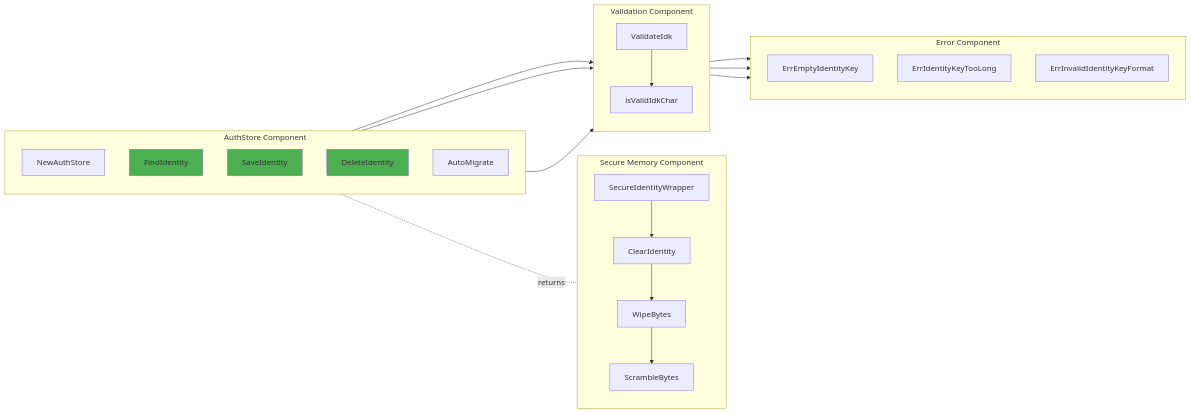
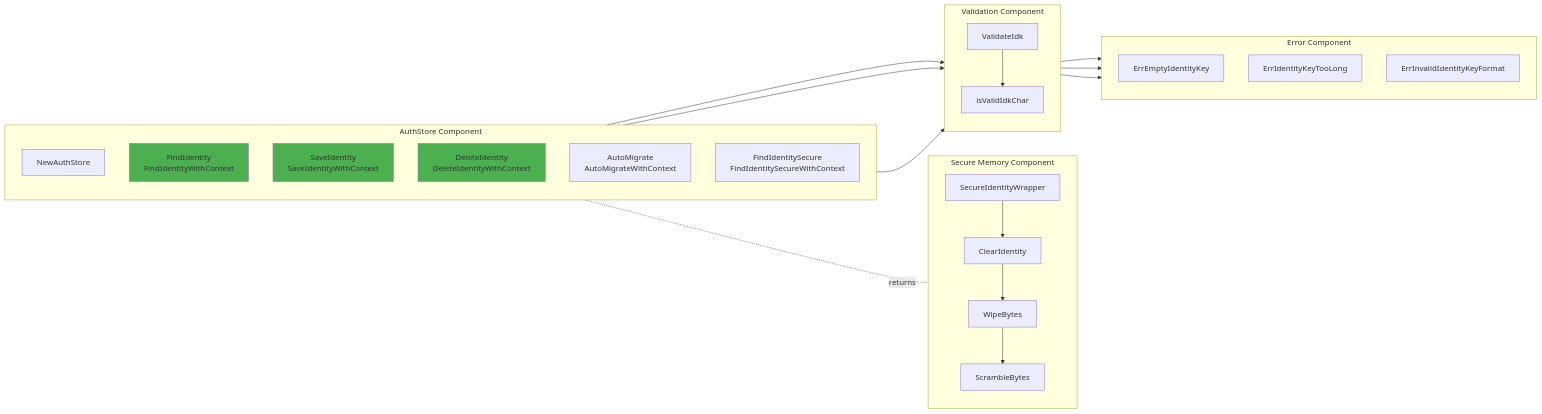
Before and after one commit to dxcSithLord/server-go-ssp-gormauthstore: the fourth of 16 diagrams in docs/ARCHITECTURE.md, drawn with Mermaid. The commit also changed other lines of this file and 15 other files, not shown here.

````diff
--- a/docs/ARCHITECTURE.md
+++ b/docs/ARCHITECTURE.md
@@ -204,50 +204,51 @@
 ```mermaid
 graph LR
     subgraph "AuthStore Component"
         direction TB
         AS_NEW[NewAuthStore]
-        AS_FIND[FindIdentity]
-        AS_SAVE[SaveIdentity]
-        AS_DEL[DeleteIdentity]
-        AS_MIG[AutoMigrate]
+        AS_FIND[FindIdentity<br/>FindIdentityWithContext]
+        AS_SAVE[SaveIdentity<br/>SaveIdentityWithContext]
+        AS_DEL[DeleteIdentity<br/>DeleteIdentityWithContext]
+        AS_MIG[AutoMigrate<br/>AutoMigrateWithContext]
+        AS_SEC[FindIdentitySecure<br/>FindIdentitySecureWithContext]
     end
 
     subgraph "Secure Memory Component"
         direction TB
         SM_WIPE[WipeBytes]
         SM_CLEAR[ClearIdentity]
         SM_WRAP[SecureIdentityWrapper]
         SM_SCRAM[ScrambleBytes]
     end
 
     subgraph "Validation Component"
         direction TB
         VAL_IDK[ValidateIdk]
         VAL_CHAR[isValidIdkChar]
     end
 
     subgraph "Error Component"
         direction TB
         ERR_EMPTY[ErrEmptyIdentityKey]
         ERR_LONG[ErrIdentityKeyTooLong]
         ERR_FMT[ErrInvalidIdentityKeyFormat]
     end
 
     AS_FIND --> VAL_IDK
     AS_DEL --> VAL_IDK
     AS_SAVE --> VAL_IDK
 
     AS_FIND -.returns.- SM_WRAP
     SM_WRAP --> SM_CLEAR
     SM_CLEAR --> SM_WIPE
     SM_WIPE --> SM_SCRAM
 
     VAL_IDK --> VAL_CHAR
     VAL_IDK --> ERR_EMPTY
     VAL_IDK --> ERR_LONG
     VAL_IDK --> ERR_FMT
 
     style AS_FIND fill:#4CAF50
     style AS_SAVE fill:#4CAF50
     style AS_DEL fill:#4CAF50
 ```
````
